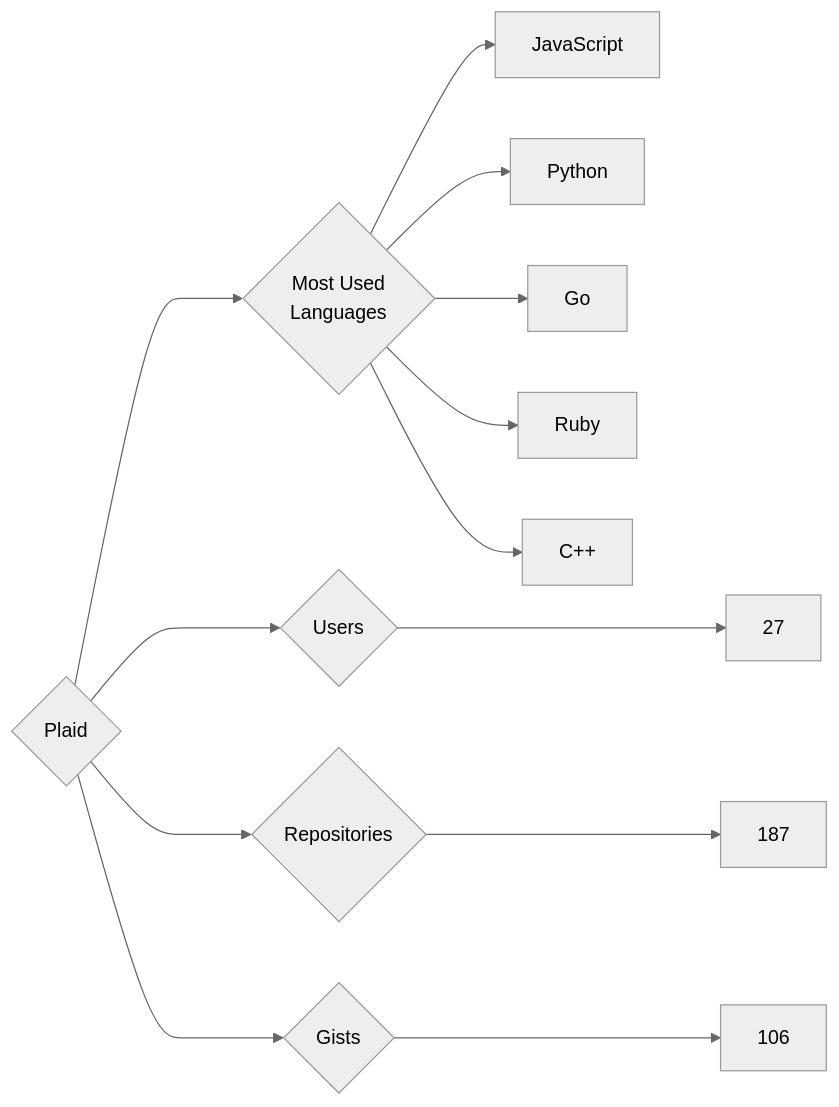
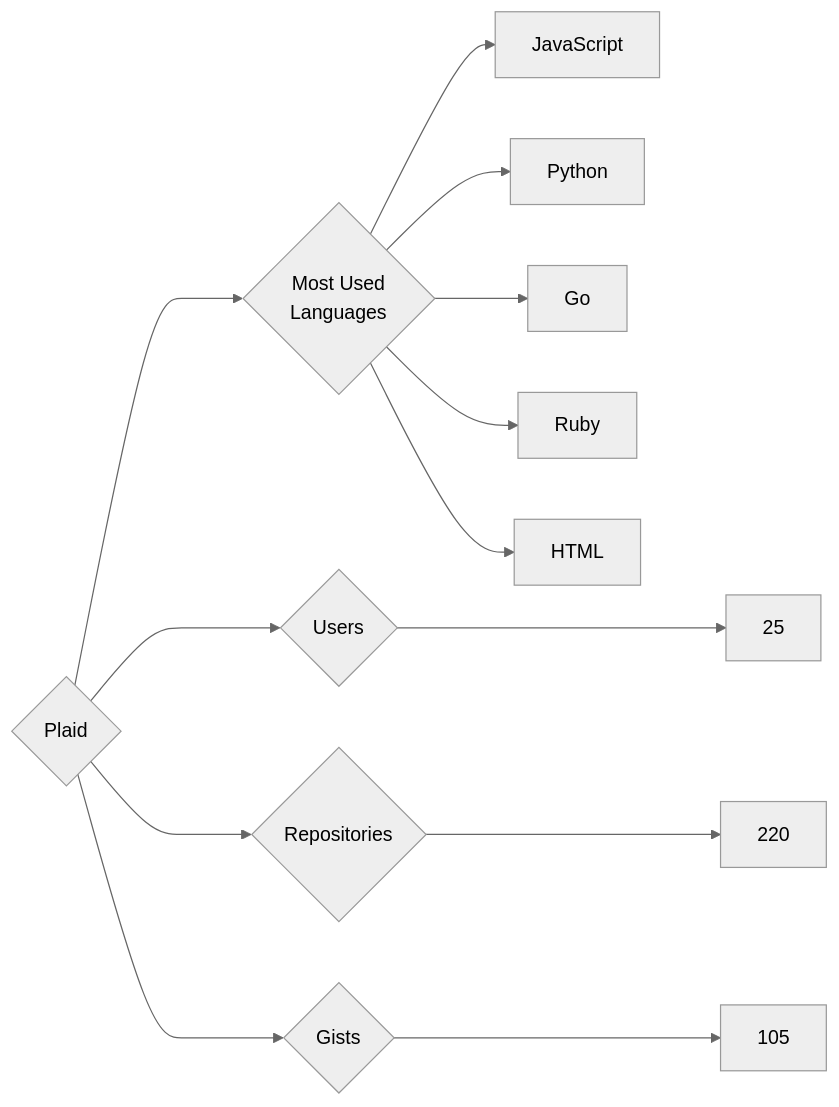
The diagram in targets/Plaid/README.md (trickest/insiders), drawn with Mermaid (neutral theme) before and after one commit. The commit also changed 912 other files, not shown here.

````diff
--- a/targets/Plaid/README.md
+++ b/targets/Plaid/README.md
@@ -3,13 +3,13 @@
 ```mermaid
 graph LR
 COMPANY_NAME{Plaid}
-COMPANY_NAME ---> U{Users} ---> UN[27]
-COMPANY_NAME ---> R{Repositories} ---> RN[187]
-COMPANY_NAME ---> G{Gists} ---> GN[106]
+COMPANY_NAME ---> U{Users} ---> UN[25]
+COMPANY_NAME ---> R{Repositories} ---> RN[220]
+COMPANY_NAME ---> G{Gists} ---> GN[105]
 COMPANY_NAME ---> ML{Most Used<br>Languages}
 ML --> JavaScript[JavaScript]
 ML --> Python[Python]
 ML --> Go[Go]
 ML --> Ruby[Ruby]
-ML --> C++[C++]
+ML --> HTML[HTML]
 ```
````
